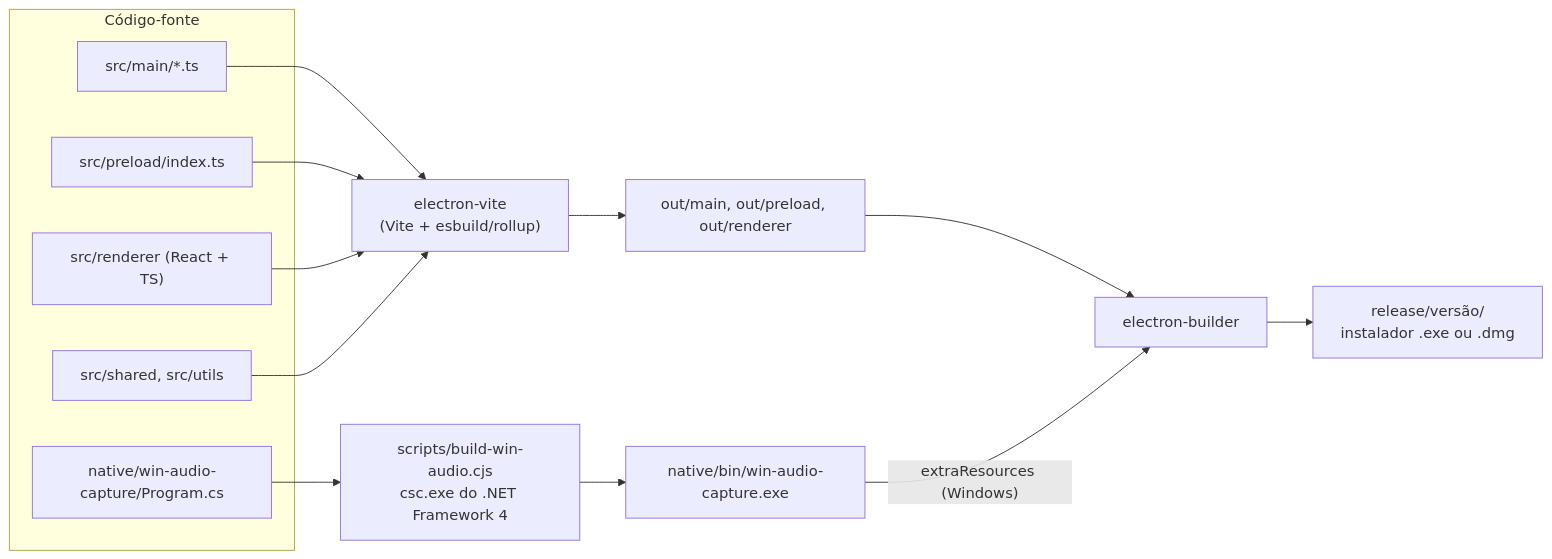
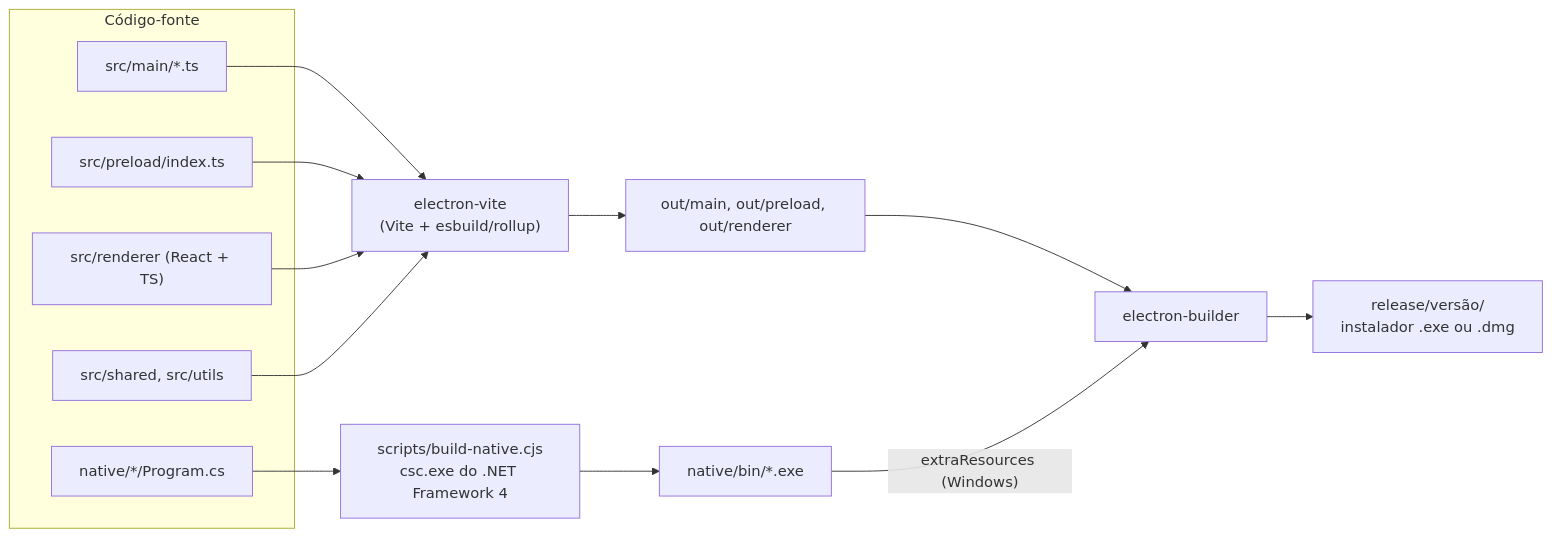
The first of 2 diagrams in docs/pt-BR/development.md (nsfxu/lan-screenshare), drawn with Mermaid before and after one commit. The commit also changed other lines of this file and 14 other files, not shown here.

First line of the commit message:
Document games that hide the cursor and the native build script

````diff
--- a/docs/pt-BR/development.md
+++ b/docs/pt-BR/development.md
@@ -81,25 +81,25 @@
 ```mermaid
 flowchart LR
   subgraph Sources["Código-fonte"]
     M["src/main/*.ts"]
     P["src/preload/index.ts"]
     R["src/renderer (React + TS)"]
     S["src/shared, src/utils"]
-    C["native/win-audio-capture/Program.cs"]
+    C["native/*/Program.cs"]
   end
   EV["electron-vite<br/>(Vite + esbuild/rollup)"]
-  CSC["scripts/build-win-audio.cjs<br/>csc.exe do .NET Framework 4"]
+  CSC["scripts/build-native.cjs<br/>csc.exe do .NET Framework 4"]
   OUT["out/main, out/preload, out/renderer"]
-  EXE["native/bin/win-audio-capture.exe"]
+  EXE["native/bin/*.exe"]
   EB["electron-builder"]
   REL["release/versão/<br/>instalador .exe ou .dmg"]
   M --> EV
   P --> EV
   R --> EV
   S --> EV
   EV --> OUT
   C --> CSC --> EXE
   OUT --> EB
   EXE -->|"extraResources (Windows)"| EB
   EB --> REL
 ```
````
